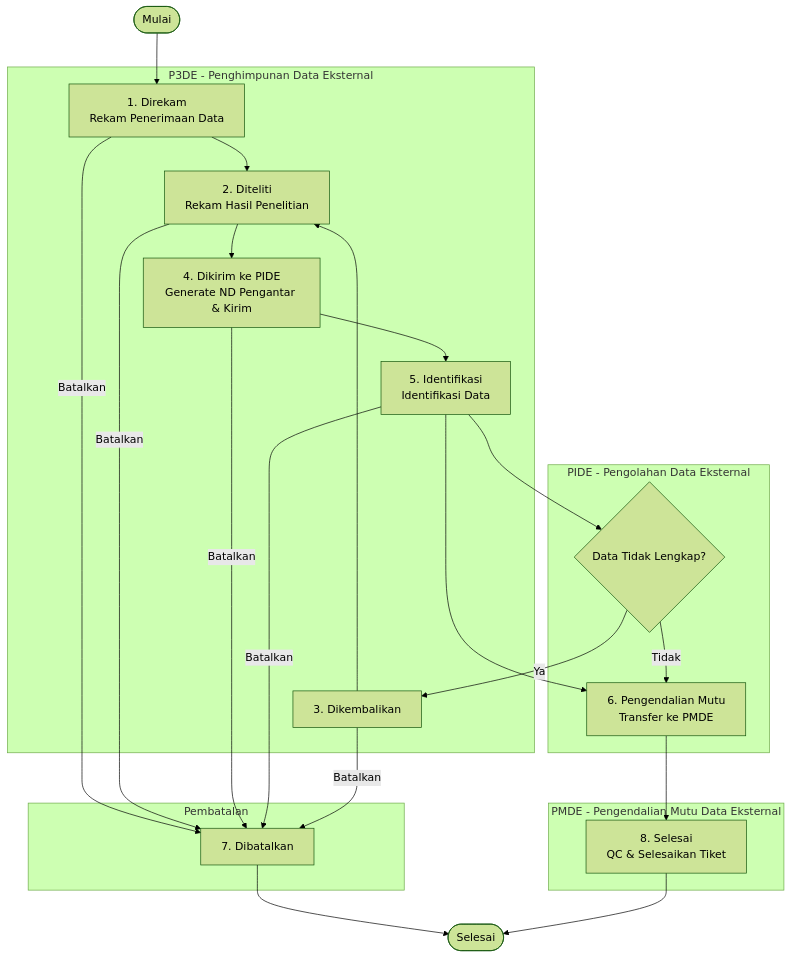
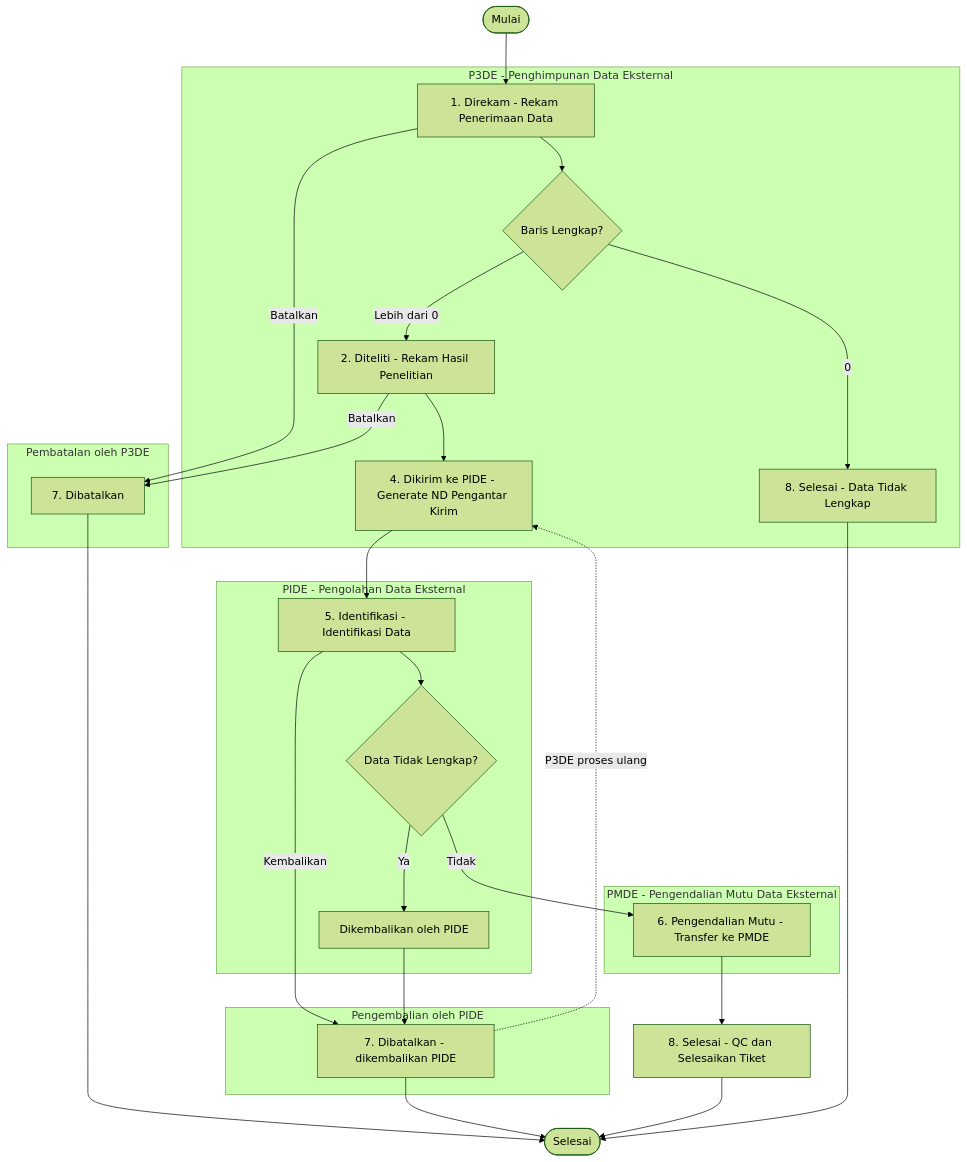
One commit to kloworizer/diamond-web changed the diagram in docs/status_tiket_flow.md. Above: the diagram before and after it, drawn with Mermaid (forest theme). The commit also changed other lines of this file and 15 other files, not shown here.

First line of the commit message:
Enhance status ticket flow documentation and add RBAC matrix

````diff
--- a/docs/status_tiket_flow.md
+++ b/docs/status_tiket_flow.md
@@ -24,33 +24,55 @@
 ```mermaid
 flowchart TD
-    START([Mulai]) --> REKAM
+    MULAI([Mulai]) --> REKAM
 
-    subgraph P3DE [P3DE - Penghimpunan Data Eksternal]
-        REKAM[1. Direkam<br/>Rekam Penerimaan Data] --> TELITI[2. Diteliti<br/>Rekam Hasil Penelitian]
-        TELITI --> KIRIM[4. Dikirim ke PIDE<br/>Generate ND Pengantar & Kirim]
-        KIRIM --> PIDE_PROSES
-        DIKEMBALIKAN_LABEL[3. Dikembalikan] --> TELITI
+    REKAM[1. Direkam - Rekam Penerimaan Data] --> TELITI{Baris Lengkap?}
+    TELITI -->|0| LGS_SELESAI[8. Selesai - Data Tidak Lengkap]
+    TELITI -->|Lebih dari 0| TELITI2[2. Diteliti - Rekam Hasil Penelitian]
+    TELITI2 --> KIRIM[4. Dikirim ke PIDE - Generate ND Pengantar Kirim]
+    KIRIM --> IDENTIFIKASI[5. Identifikasi - Identifikasi Data]
+
+    IDENTIFIKASI --> DKM{Data Tidak Lengkap?}
+    DKM -->|Ya| DKM_AKSI[Dikembalikan oleh PIDE]
+    DKM -->|Tidak| QC[6. Pengendalian Mutu - Transfer ke PMDE]
+
+    QC --> SELESAI[8. Selesai - QC dan Selesaikan Tiket]
+
+    REKAM -->|Batalkan| BATAL[7. Dibatalkan]
+    TELITI2 -->|Batalkan| BATAL
+
+    IDENTIFIKASI -->|Kembalikan| BATAL_PIDE[7. Dibatalkan - dikembalikan PIDE]
+    DKM_AKSI --> BATAL_PIDE
+
+    BATAL_PIDE -.->|P3DE proses ulang| KIRIM
+
+    BATAL --> AKHIR([Selesai])
+    BATAL_PIDE --> AKHIR
+    SELESAI --> AKHIR
+    LGS_SELESAI --> AKHIR
+
+    subgraph P3DE_Actions [P3DE - Penghimpunan Data Eksternal]
+        REKAM
+        TELITI
+        TELITI2
+        KIRIM
+        LGS_SELESAI
     end
 
-    subgraph PIDE [PIDE - Pengolahan Data Eksternal]
-        PIDE_PROSES[5. Identifikasi<br/>Identifikasi Data] --> QC
-        PIDE_PROSES --> DIKEMBALIKAN{Data Tidak Lengkap?}
-        DIKEMBALIKAN -->|Ya| DIKEMBALIKAN_LABEL
-        DIKEMBALIKAN -->|Tidak| QC[6. Pengendalian Mutu<br/>Transfer ke PMDE]
+    subgraph PIDE_Actions [PIDE - Pengolahan Data Eksternal]
+        IDENTIFIKASI
+        DKM
+        DKM_AKSI
     end
 
-    subgraph PMDE [PMDE - Pengendalian Mutu Data Eksternal]
-        QC --> SELESAI[8. Selesai<br/>QC & Selesaikan Tiket]
+    subgraph PMDE_Actions [PMDE - Pengendalian Mutu Data Eksternal]
+        QC
     end
 
-    subgraph BATAL [Pembatalan]
-        REKAM -->|Batalkan| BATALAN[7. Dibatalkan]
-        TELITI -->|Batalkan| BATALAN
-        KIRIM -->|Batalkan| BATALAN
-        PIDE_PROSES -->|Batalkan| BATALAN
-        DIKEMBALIKAN_LABEL -->|Batalkan| BATALAN
+    subgraph BATAL_P3DE [Pembatalan oleh P3DE]
+        BATAL
     end
 
-    BATALAN --> END([Selesai])
-    SELESAI --> END
+    subgraph KEMBALI_PIDE [Pengembalian oleh PIDE]
+        BATAL_PIDE
+    end
 ```
````
